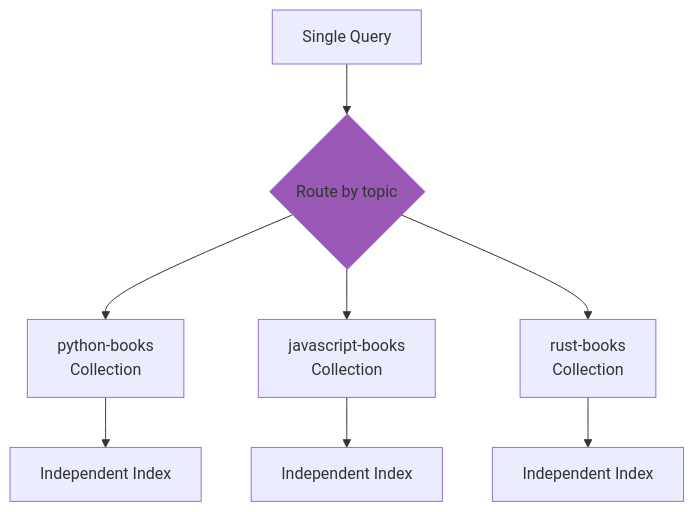
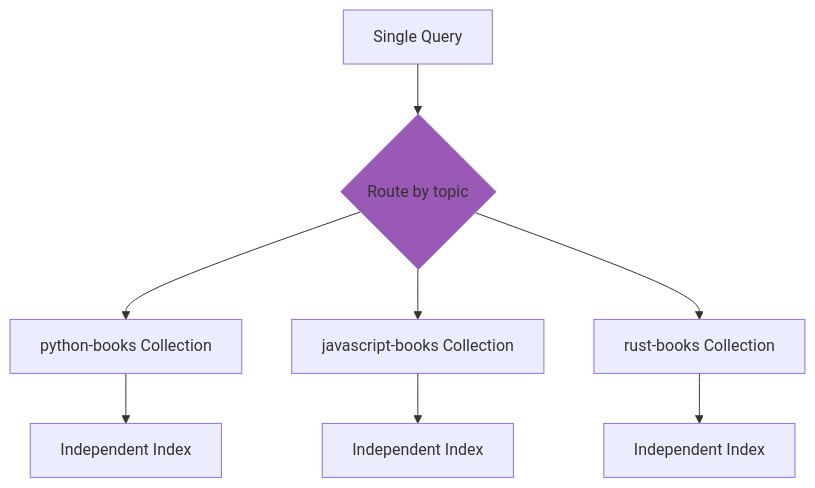
Before and after one commit to softwarewrighter/rag-demo: the ninth of 12 diagrams in wiki/Deployment-Architecture.md, drawn with Mermaid. The commit also changed other lines of this file and 7 other files, not shown here.

````diff
--- a/wiki/Deployment-Architecture.md
+++ b/wiki/Deployment-Architecture.md
@@ -534,14 +534,14 @@
 ```mermaid
 graph TB
     Q[Single Query] --> R{Route by topic}
 
-    R --> C1[python-books<br/>Collection]
-    R --> C2[javascript-books<br/>Collection]
-    R --> C3[rust-books<br/>Collection]
+    R --> C1[python-books Collection]
+    R --> C2[javascript-books Collection]
+    R --> C3[rust-books Collection]
 
     C1 --> I1[Independent Index]
     C2 --> I2[Independent Index]
     C3 --> I3[Independent Index]
 
     style R fill:#9b59b6
 ```
````
